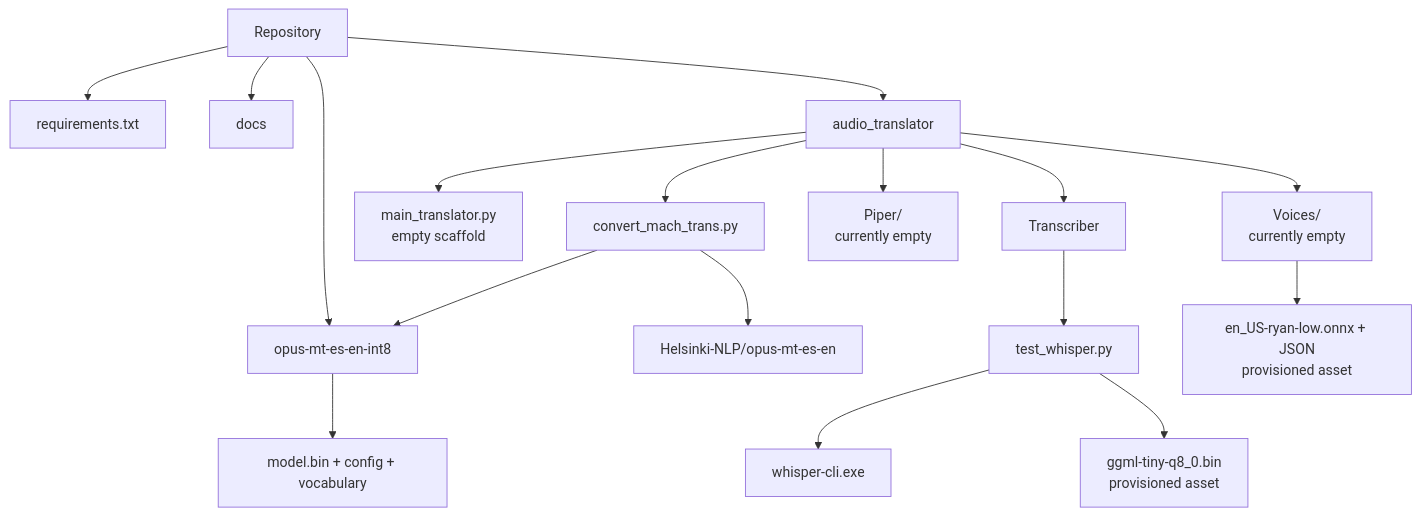
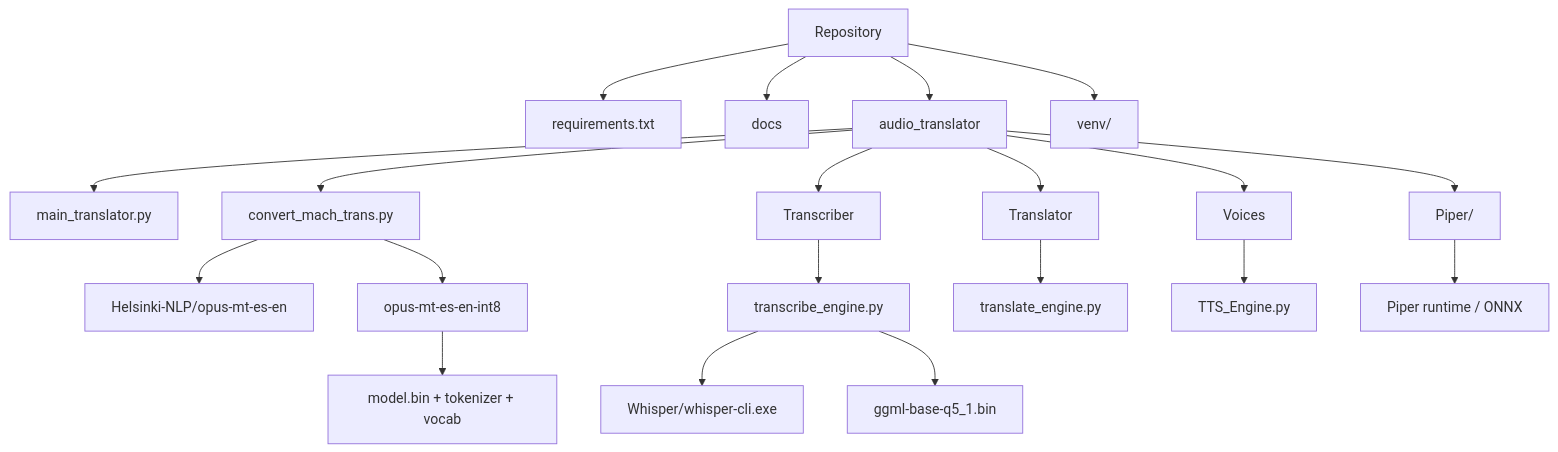
One commit to Kaybee098/AudioLater changed the third of 3 diagrams in docs/02_diagrams.md. Above: the diagram before and after it, drawn with Mermaid. The commit also changed other lines of this file and 10 other files, not shown here.

````diff
--- a/docs/02_diagrams.md
+++ b/docs/02_diagrams.md
@@ -46,21 +44,27 @@
 ```mermaid
 graph TD
     Root[Repository]
     Root --> Req[requirements.txt]
     Root --> Docs[docs]
     Root --> App[audio_translator]
-    Root --> MTModel[opus-mt-es-en-int8]
+    Root --> VEnv[venv/]
 
+    App --> Main[main_translator.py]
     App --> Convert[convert_mach_trans.py]
+    App --> Transcriber[Transcriber]
+    App --> Translator[Translator]
+    App --> Voices[Voices]
+    App --> Piper[Piper/]
+
     Convert --> HF[Helsinki-NLP/opus-mt-es-en]
-    Convert --> MTModel
-    App --> Main[main_translator.py\nempty scaffold]
-    App --> Transcriber[Transcriber]
-    Transcriber --> Wrapper[test_whisper.py]
-    Wrapper --> Whisper[whisper-cli.exe]
-    Wrapper --> WhisperModel[ggml-tiny-q8_0.bin\nprovisioned asset]
-    App --> Piper[Piper/\ncurrently empty]
-    App --> Voices[Voices/\ncurrently empty]
-    Voices --> Voice[en_US-ryan-low.onnx + JSON\nprovisioned asset]
-    MTModel --> MTFiles[model.bin + config + vocabulary]
+    Convert --> MTModel[opus-mt-es-en-int8]
+    MTModel --> MTFiles[model.bin + tokenizer + vocab]
+
+    Transcriber --> Engine[transcribe_engine.py]
+    Engine --> Whisper[Whisper/whisper-cli.exe]
+    Engine --> WhisperModel[ggml-base-q5_1.bin]
+
+    Translator --> NMT[translate_engine.py]
+    Voices --> TTS[TTS_Engine.py]
+    Piper --> PiperRuntime[Piper runtime / ONNX]
 ```
````
